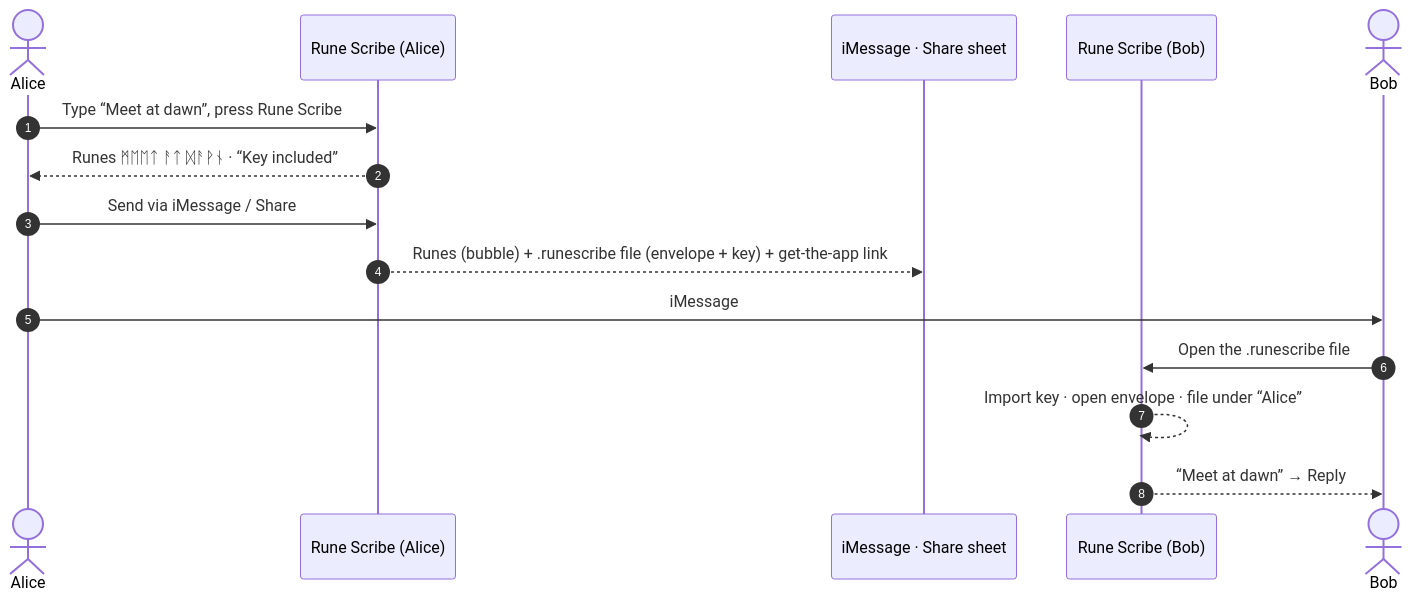
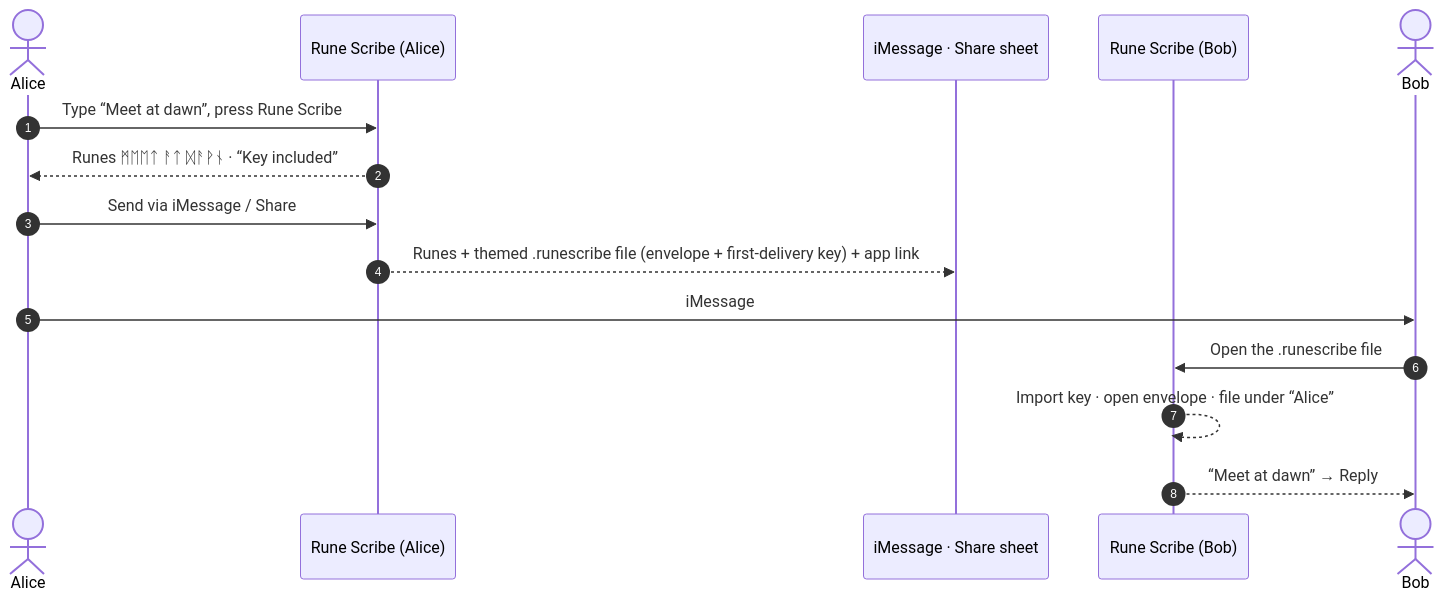
One commit to flynn33/rune-scribe changed the second of 3 diagrams in README.md. Above: the diagram before and after it, drawn with Mermaid. The commit also changed other lines of this file and 339 other files, not shown here.

Commit message:
Complete roadmap implementation rails

````diff
--- a/README.md
+++ b/README.md
@@ -181,18 +193,18 @@
 ```mermaid
 sequenceDiagram
     autonumber
     actor Alice
     participant App1 as Rune Scribe (Alice)
     participant Msg as iMessage · Share sheet
     participant App2 as Rune Scribe (Bob)
     actor Bob
 
     Alice->>App1: Type “Meet at dawn”, press Rune Scribe
     App1-->>Alice: Runes  ᛗᛖᛖᛏ ᚨᛏ ᛞᚨᚹᚾ  ·  “Key included”
     Alice->>App1: Send via iMessage / Share
-    App1-->>Msg: Runes (bubble) + .runescribe file (envelope + key) + get-the-app link
+    App1-->>Msg: Runes + themed .runescribe file (envelope + first-delivery key) + app link
     Alice->>Bob: iMessage
     Bob->>App2: Open the .runescribe file
     App2-->>App2: Import key · open envelope · file under “Alice”
     App2-->>Bob: “Meet at dawn”  → Reply
 ```
````
